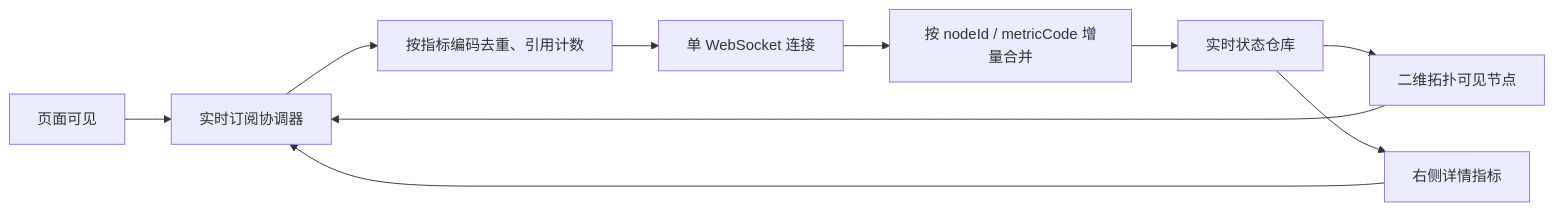
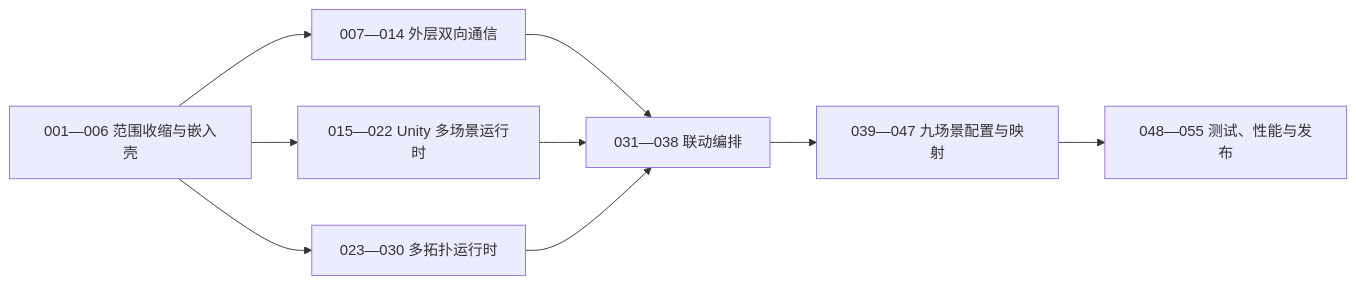
One commit to leyuexiang/WebDLPro changed the fourth of 4 diagrams in Docs/电力全流程平台-前端架构设计.md. Above: the diagram before and after it, drawn with Mermaid. The commit also changed other lines of this file and 1387 other files, not shown here.

````diff
--- a/Docs/电力全流程平台-前端架构设计.md
+++ b/Docs/电力全流程平台-前端架构设计.md
@@ -500,12 +714,19 @@
 ```mermaid
 flowchart LR
-  P["页面可见"] --> R["实时订阅协调器"]
-  T["二维拓扑可见节点"] --> R
-  D["右侧详情指标"] --> R
-  R --> K["按指标编码去重、引用计数"]
-  K --> W["单 WebSocket 连接"]
-  W --> M["按 nodeId / metricCode 增量合并"]
-  M --> S["实时状态仓库"]
-  S --> T
-  S --> D
+  A["001—006 范围收缩与嵌入壳"]
+  B["007—014 外层双向通信"]
+  C["015—022 Unity 多场景运行时"]
+  D["023—030 多拓扑运行时"]
+  E["031—038 联动编排"]
+  F["039—047 九场景配置与映射"]
+  G["048—055 测试、性能与发布"]
+
+  A --> B
+  A --> C
+  A --> D
+  B --> E
+  C --> E
+  D --> E
+  E --> F
+  F --> G
 ```
````
